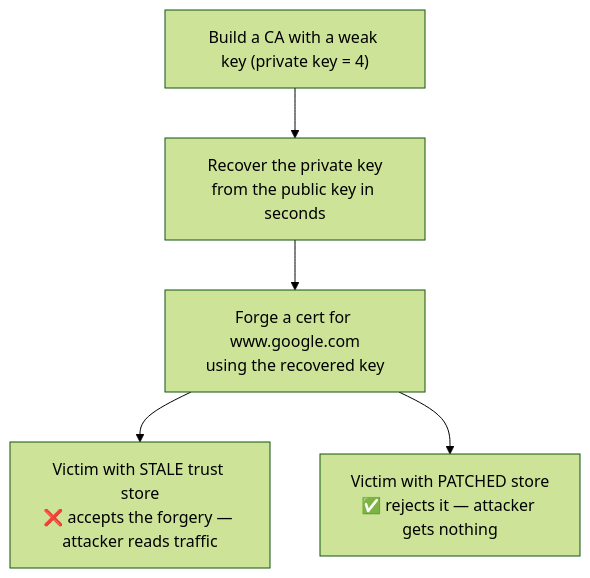
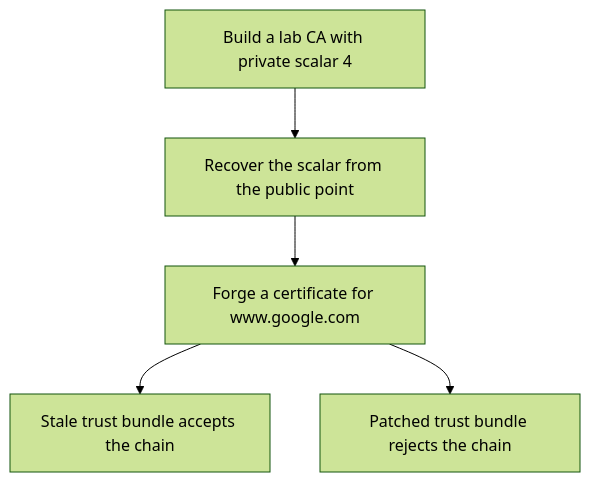
The diagram in README.md (abhishek-bhatkar/emudhra-poc), drawn with Mermaid (forest theme) before and after one commit. The commit also changed other lines of this file and 14 other files, not shown here.

````diff
--- a/README.md
+++ b/README.md
@@ -22,7 +38,7 @@
 ```mermaid
 flowchart TB
-    M["Build a CA with a weak key (private key = 4)"] --> P["Recover the private key<br/>from the public key in seconds"]
-    P --> F["Forge a cert for www.google.com<br/>using the recovered key"]
-    F --> S["Victim with STALE trust store<br/>❌ accepts the forgery — attacker reads traffic"]
-    F --> T["Victim with PATCHED store<br/>✅ rejects it — attacker gets nothing"]
+    M["Build a lab CA with private scalar 4"] --> P["Recover the scalar from the public point"]
+    P --> F["Forge a certificate for www.google.com"]
+    F --> S["Stale trust bundle accepts the chain"]
+    F --> T["Patched trust bundle rejects the chain"]
 ```
````
